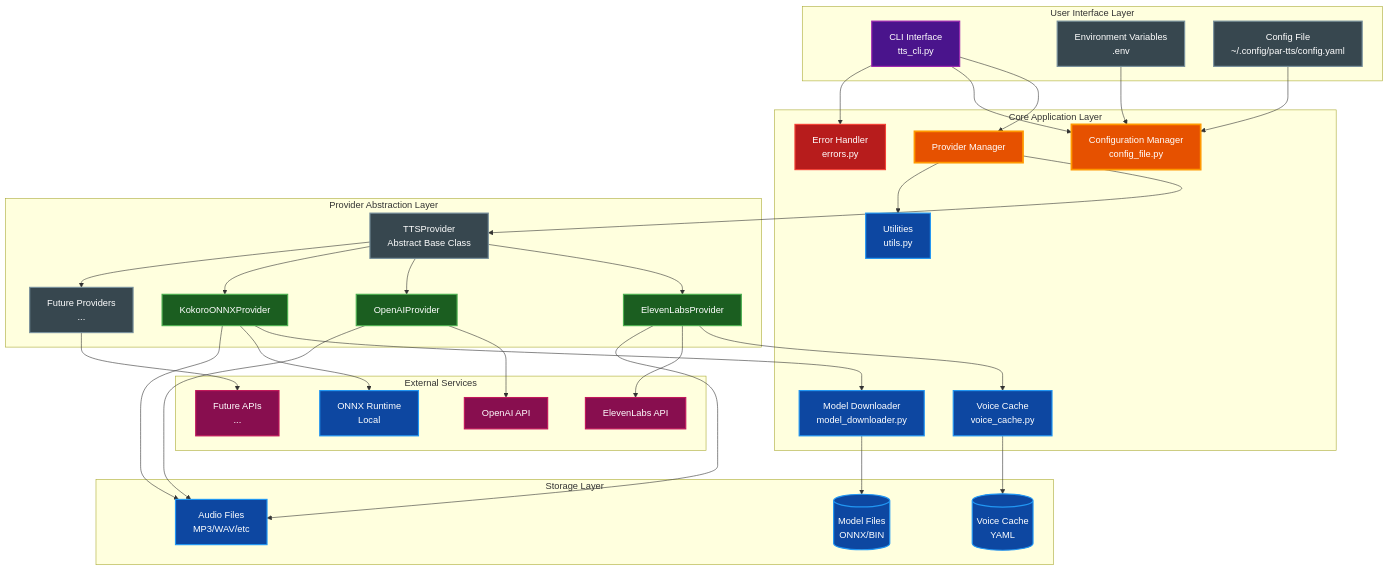
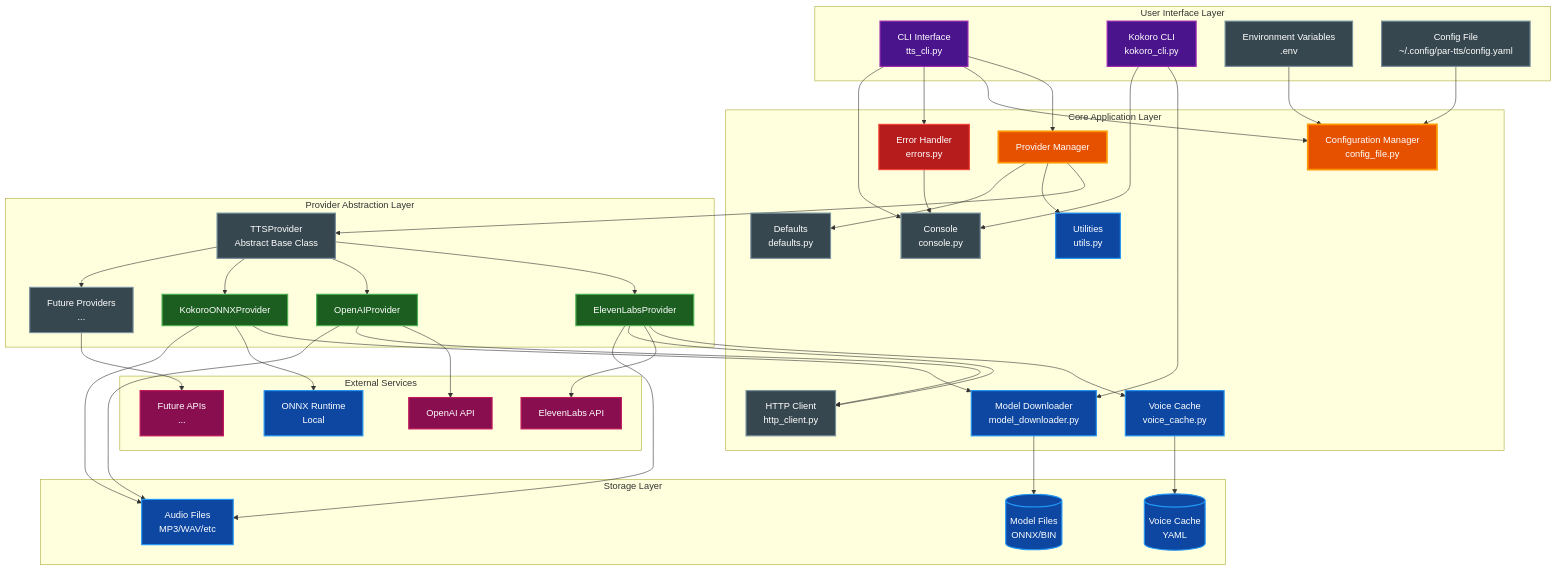
Before and after one commit to paulrobello/par-cli-tts: the first of 20 diagrams in docs/ARCHITECTURE.md, drawn with Mermaid. The commit also changed other lines of this file and 4 other files, not shown here.

First line of the commit message:
docs: sync ARCHITECTURE.md with current implementation

```diff
--- a/docs/ARCHITECTURE.md
+++ b/docs/ARCHITECTURE.md
@@ -23,6 +25,7 @@
 graph TB
     subgraph "User Interface Layer"
         CLI[CLI Interface<br/>tts_cli.py]
+        KCLI[Kokoro CLI<br/>kokoro_cli.py]
         ENV[Environment Variables<br/>.env]
         CONF[Config File<br/>~/.config/par-tts/config.yaml]
     end
@@ -34,6 +37,9 @@
         CFG[Configuration Manager<br/>config_file.py]
         ERR[Error Handler<br/>errors.py]
         UTIL[Utilities<br/>utils.py]
+        CONS[Console<br/>console.py]
+        HTTP[HTTP Client<br/>http_client.py]
+        DFLT[Defaults<br/>defaults.py]
     end
 
     subgraph "Provider Abstraction Layer"
@@ -60,17 +66,23 @@
     CLI --> PM
     CLI --> CFG
     CLI --> ERR
+    CLI --> CONS
+    KCLI --> MD
+    KCLI --> CONS
     ENV --> CFG
     CONF --> CFG
     PM --> BASE
     PM --> UTIL
+    PM --> DFLT
     BASE --> EL
     BASE --> OA
     BASE --> KO
     BASE --> FP
     EL --> VC
     EL --> ELAPI
+    EL --> HTTP
     OA --> OAAPI
+    OA --> HTTP
     KO --> MD
     KO --> ONNX
     FP --> FAPI
@@ -79,8 +91,10 @@
     EL --> AUDIO
     OA --> AUDIO
     KO --> AUDIO
+    ERR --> CONS
 
     style CLI fill:#4a148c,stroke:#9c27b0,stroke-width:2px,color:#ffffff
+    style KCLI fill:#4a148c,stroke:#9c27b0,stroke-width:2px,color:#ffffff
     style ENV fill:#37474f,stroke:#78909c,stroke-width:2px,color:#ffffff
     style PM fill:#e65100,stroke:#ff9800,stroke-width:3px,color:#ffffff
     style VC fill:#0d47a1,stroke:#2196f3,stroke-width:2px,color:#ffffff
@@ -89,6 +103,9 @@
     style CFG fill:#e65100,stroke:#ff9800,stroke-width:3px,color:#ffffff
     style ERR fill:#b71c1c,stroke:#f44336,stroke-width:2px,color:#ffffff
     style UTIL fill:#0d47a1,stroke:#2196f3,stroke-width:2px,color:#ffffff
+    style CONS fill:#37474f,stroke:#78909c,stroke-width:2px,color:#ffffff
+    style HTTP fill:#37474f,stroke:#78909c,stroke-width:2px,color:#ffffff
+    style DFLT fill:#37474f,stroke:#78909c,stroke-width:2px,color:#ffffff
     style BASE fill:#37474f,stroke:#78909c,stroke-width:2px,color:#ffffff
     style EL fill:#1b5e20,stroke:#4caf50,stroke-width:2px,color:#ffffff
     style OA fill:#1b5e20,stroke:#4caf50,stroke-width:2px,color:#ffffff
```
